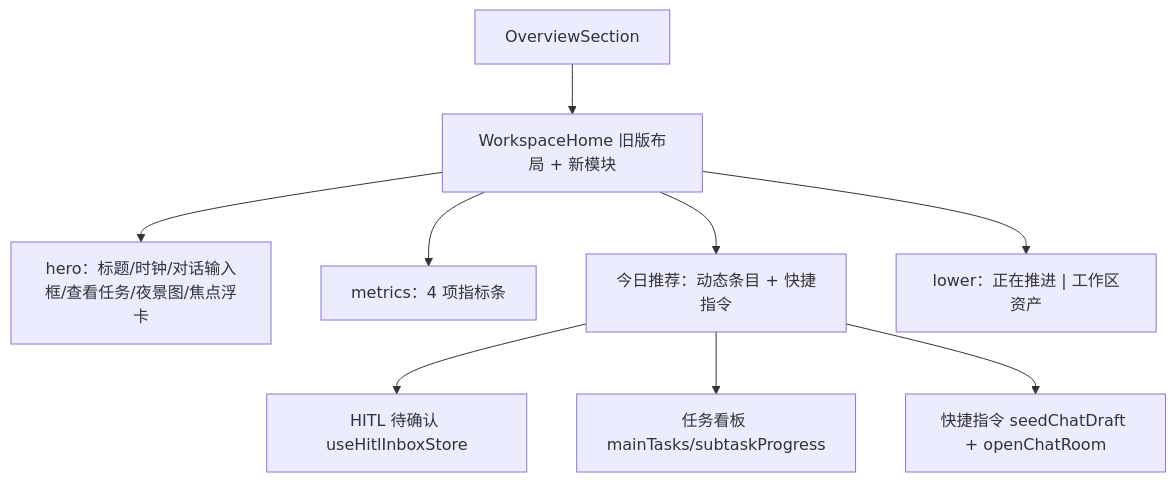
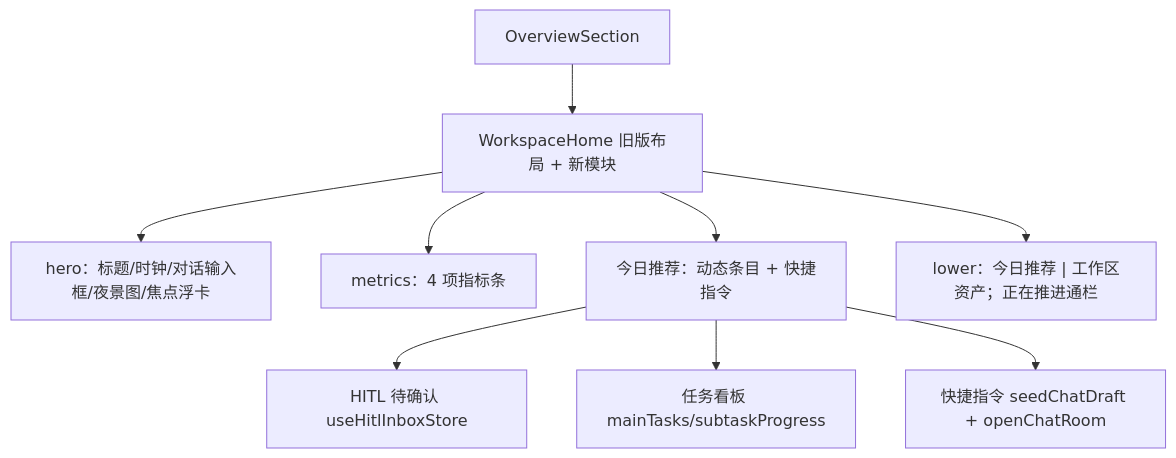
The diagram in .monkeycode/specs/home-classic-revert-chat-recommendations/design.md (agentteams-group/agentteams-dashboard), drawn with Mermaid before and after one commit. The commit also changed other lines of this file and 4 other files, not shown here.

````diff
--- a/.monkeycode/specs/home-classic-revert-chat-recommendations/design.md
+++ b/.monkeycode/specs/home-classic-revert-chat-recommendations/design.md
@@ -12,11 +12,11 @@
 ```mermaid
 graph TD
     A["OverviewSection"] --> B["WorkspaceHome 旧版布局 + 新模块"]
-    B --> C["hero：标题/时钟/对话输入框/查看任务/夜景图/焦点浮卡"]
+    B --> C["hero：标题/时钟/对话输入框/夜景图/焦点浮卡"]
     B --> D["metrics：4 项指标条"]
     B --> E["今日推荐：动态条目 + 快捷指令"]
-    B --> F["lower：正在推进 | 工作区资产"]
+    B --> F["lower：今日推荐 | 工作区资产；正在推进通栏"]
     E --> G["HITL 待确认 useHitlInboxStore"]
     E --> H["任务看板 mainTasks/subtaskProgress"]
     E --> I["快捷指令 seedChatDraft + openChatRoom"]
 ```
````
